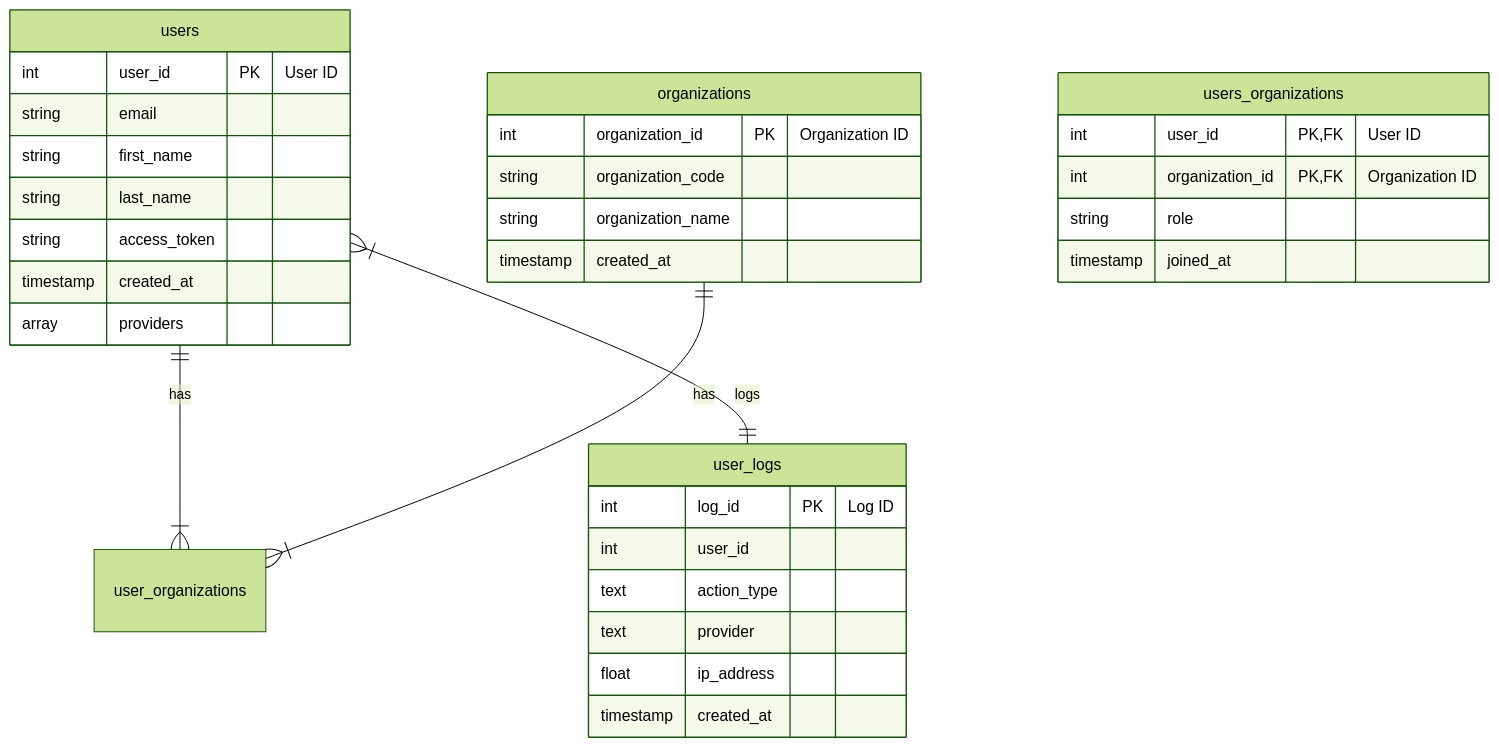
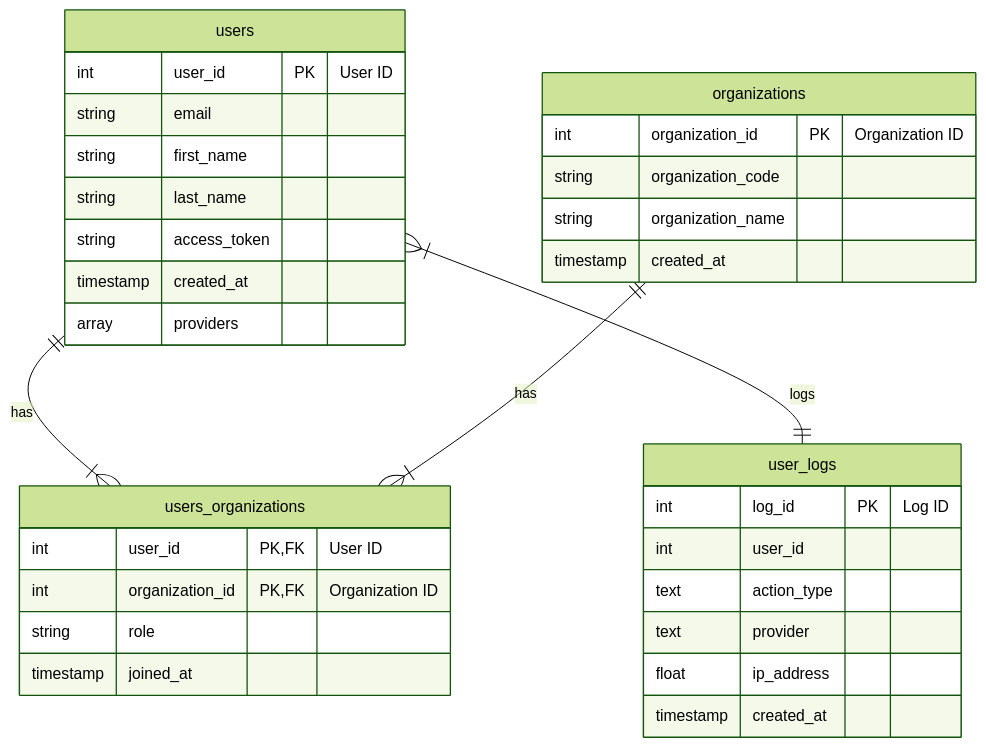
The diagram in README.md (TanedW/premium_citydata_API_AB), drawn with Mermaid (forest theme) before and after one commit.

````diff
--- a/README.md
+++ b/README.md
@@ -4,39 +4,39 @@
 ```mermaid
 erDiagram
     users {
         int user_id PK "User ID"
         string email
         string first_name
         string last_name
         string access_token
         timestamp created_at
         array providers
     }
 
     organizations {
         int organization_id PK "Organization ID"
         string organization_code
         string organization_name
         timestamp created_at
     }
 
     user_logs {
         int log_id PK "Log ID"
         int user_id
         text action_type
         text provider
         float ip_address
         timestamp created_at
     }
 
     users_organizations {
         int user_id PK, FK "User ID"
         int organization_id PK, FK "Organization ID"
         string role
         timestamp joined_at
     }
 
-    users ||--|{ user_organizations : "has"
+    users ||--|{ users_organizations : "has"
     users }|--|| user_logs : "logs"
-    organizations ||--|{ user_organizations : "has"
+    organizations ||--|{ users_organizations : "has"
 ```
````
